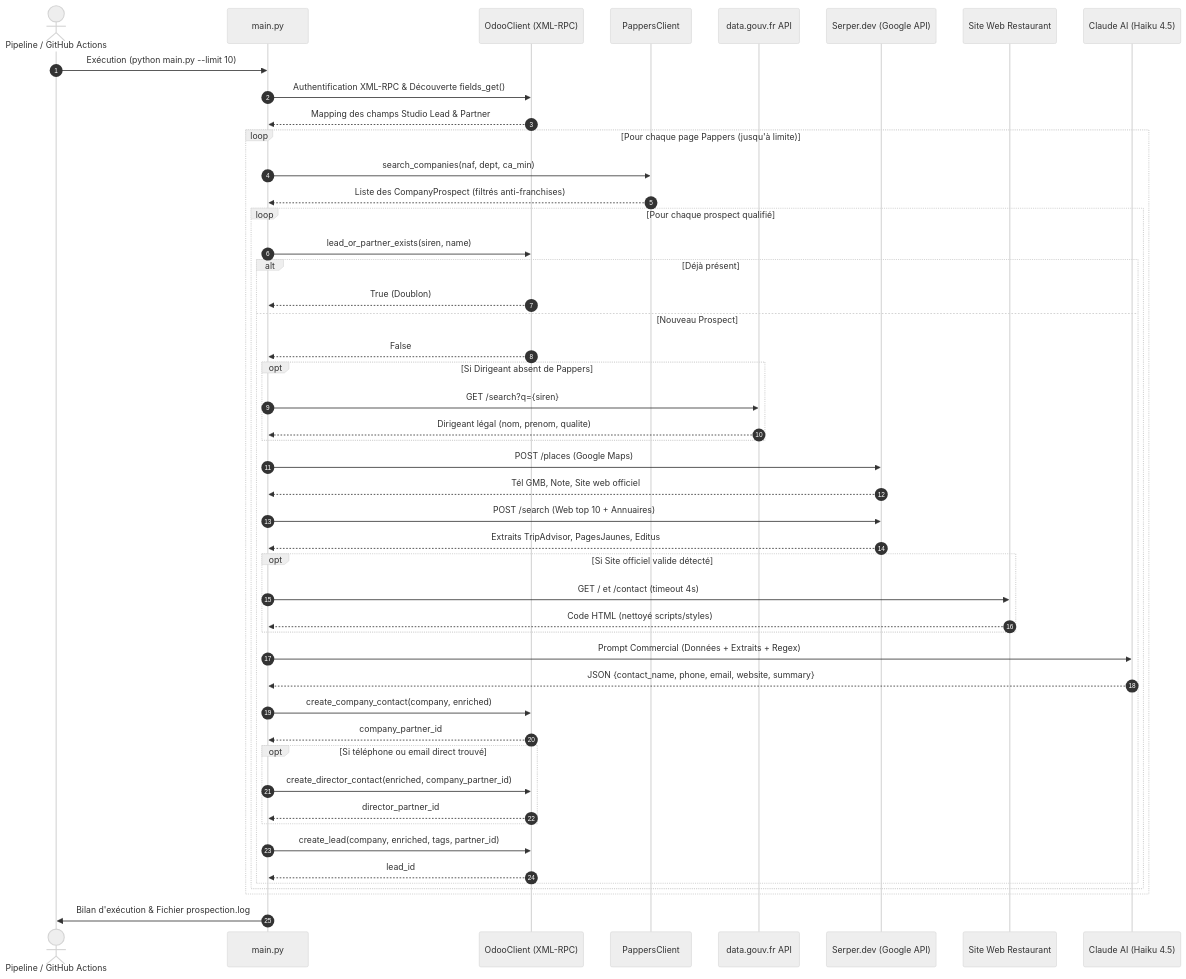
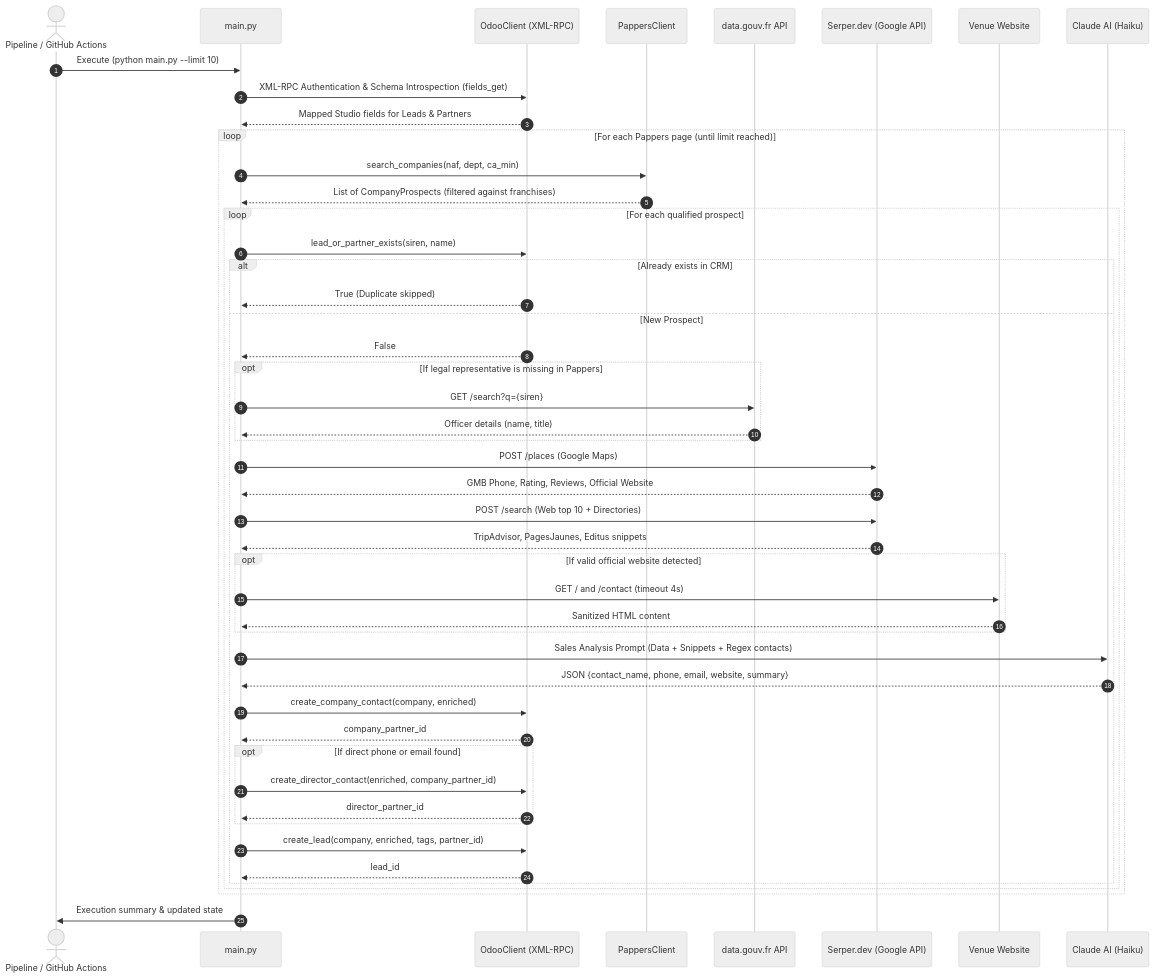
The diagram in README.md (sabuuuu/odoo_prospection), drawn with Mermaid (neutral theme) before and after one commit. The commit also changed other lines of this file and 10 other files, not shown here.

````diff
--- a/README.md
+++ b/README.md
@@ -41,61 +42,61 @@
 ```mermaid
 sequenceDiagram
     autonumber
     actor User as Pipeline / GitHub Actions
     participant Main as main.py
     participant Odoo as OdooClient (XML-RPC)
     participant Pappers as PappersClient
     participant Gouv as data.gouv.fr API
     participant Serper as Serper.dev (Google API)
-    participant Web as Site Web Restaurant
-    participant Claude as Claude AI (Haiku 4.5)
+    participant Web as Venue Website
+    participant Claude as Claude AI (Haiku)
 
-    User->>Main: Exécution (python main.py --limit 10)
-    Main->>Odoo: Authentification XML-RPC & Découverte fields_get()
-    Odoo-->>Main: Mapping des champs Studio Lead & Partner
+    User->>Main: Execute (python main.py --limit 10)
+    Main->>Odoo: XML-RPC Authentication & Schema Introspection (fields_get)
+    Odoo-->>Main: Mapped Studio fields for Leads & Partners
     
-    loop Pour chaque page Pappers (jusqu'à limite)
+    loop For each Pappers page (until limit reached)
         Main->>Pappers: search_companies(naf, dept, ca_min)
-        Pappers-->>Main: Liste des CompanyProspect (filtrés anti-franchises)
+        Pappers-->>Main: List of CompanyProspects (filtered against franchises)
         
-        loop Pour chaque prospect qualifié
+        loop For each qualified prospect
             Main->>Odoo: lead_or_partner_exists(siren, name)
-            alt Déjà présent
-                Odoo-->>Main: True (Doublon)
-            else Nouveau Prospect
+            alt Already exists in CRM
+                Odoo-->>Main: True (Duplicate skipped)
+            else New Prospect
                 Odoo-->>Main: False
-                opt Si Dirigeant absent de Pappers
+                opt If legal representative is missing in Pappers
                     Main->>Gouv: GET /search?q={siren}
-                    Gouv-->>Main: Dirigeant légal (nom, prenom, qualite)
+                    Gouv-->>Main: Officer details (name, title)
                 end
                 
                 Main->>Serper: POST /places (Google Maps)
-                Serper-->>Main: Tél GMB, Note, Site web officiel
+                Serper-->>Main: GMB Phone, Rating, Reviews, Official Website
                 
-                Main->>Serper: POST /search (Web top 10 + Annuaires)
-                Serper-->>Main: Extraits TripAdvisor, PagesJaunes, Editus
+                Main->>Serper: POST /search (Web top 10 + Directories)
+                Serper-->>Main: TripAdvisor, PagesJaunes, Editus snippets
                 
-                opt Si Site officiel valide détecté
-                    Main->>Web: GET / et /contact (timeout 4s)
-                    Web-->>Main: Code HTML (nettoyé scripts/styles)
+                opt If valid official website detected
+                    Main->>Web: GET / and /contact (timeout 4s)
+                    Web-->>Main: Sanitized HTML content
                 end
                 
-                Main->>Claude: Prompt Commercial (Données + Extraits + Regex)
+                Main->>Claude: Sales Analysis Prompt (Data + Snippets + Regex contacts)
                 Claude-->>Main: JSON {contact_name, phone, email, website, summary}
                 
                 Main->>Odoo: create_company_contact(company, enriched)
                 Odoo-->>Main: company_partner_id
                 
-                opt Si téléphone ou email direct trouvé
+                opt If direct phone or email found
                     Main->>Odoo: create_director_contact(enriched, company_partner_id)
                     Odoo-->>Main: director_partner_id
                 end
                 
                 Main->>Odoo: create_lead(company, enriched, tags, partner_id)
                 Odoo-->>Main: lead_id
             end
         end
     end
     
-    Main->>User: Bilan d'exécution & Fichier prospection.log
+    Main->>User: Execution summary & updated state
 ```
````
